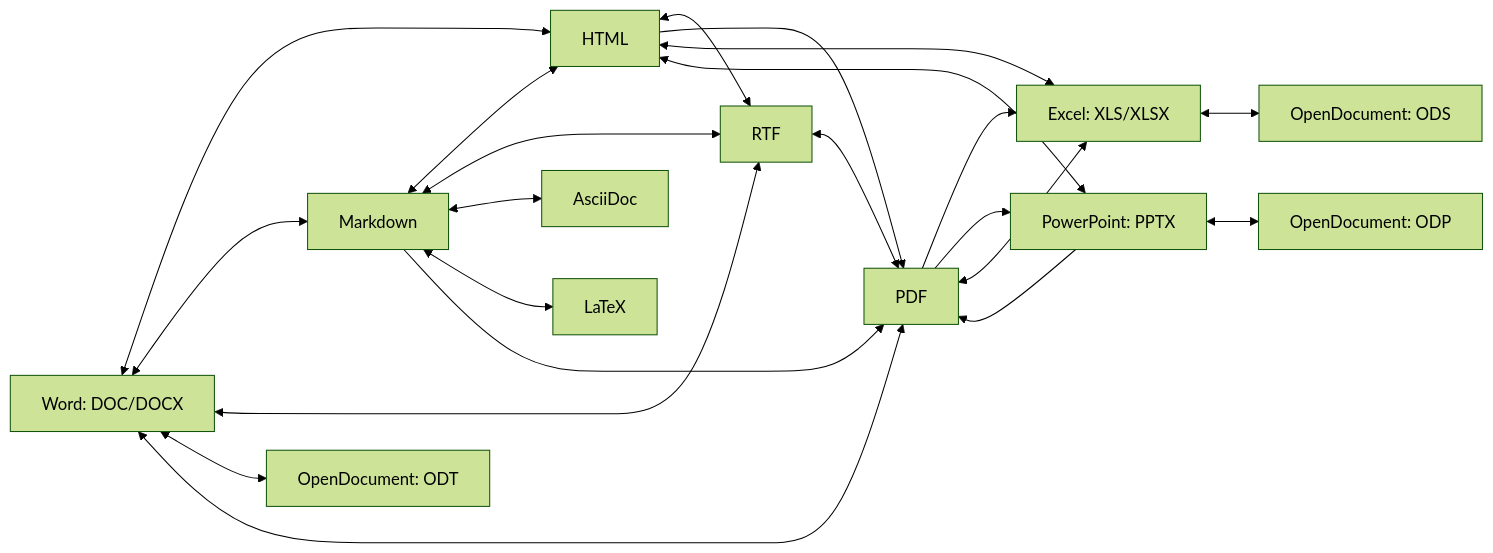
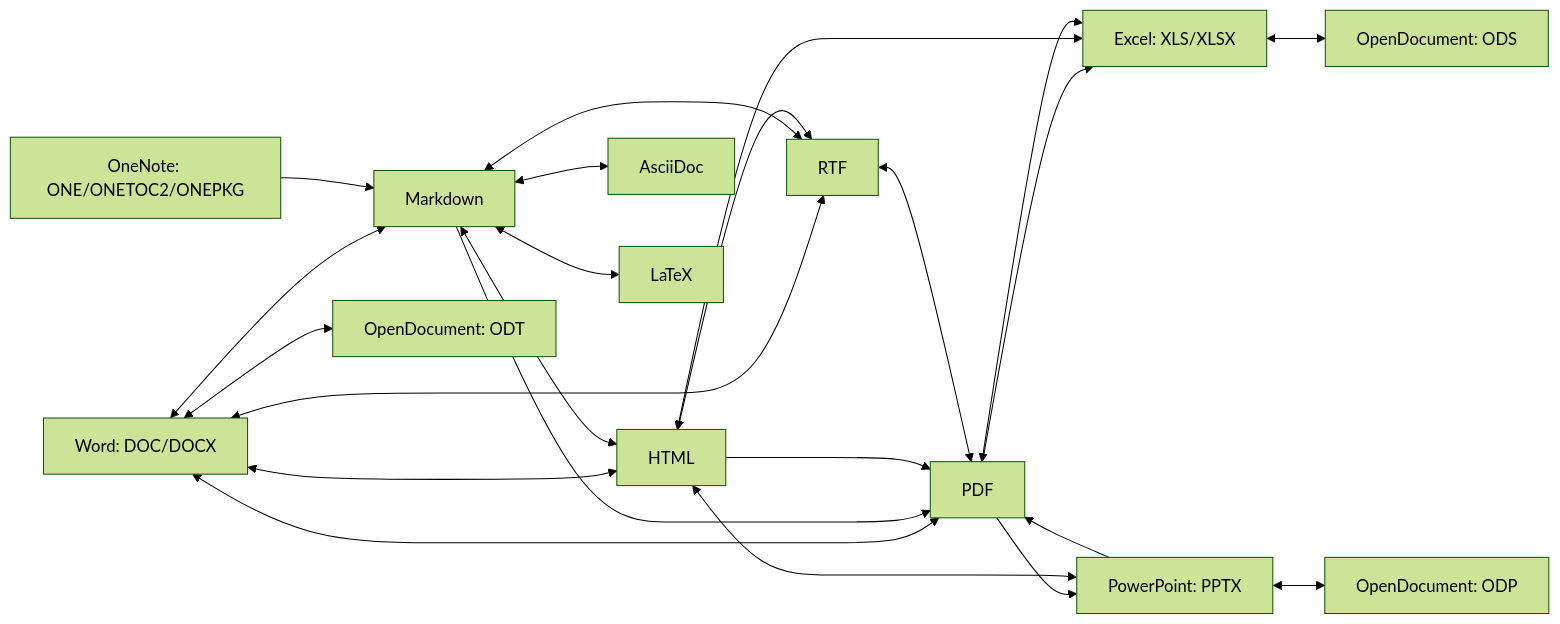
One commit to EvotecIT/OfficeIMO changed the diagram in README.md. Above: the diagram before and after it, drawn with Mermaid (forest theme). The commit also changed other lines of this file and 119 other files, not shown here.

````diff
--- a/README.md
+++ b/README.md
@@ -792,24 +831,25 @@
 ```mermaid
 flowchart LR
     Word["Word: DOC/DOCX"] <--> HTML["HTML"]
     Word <--> Markdown["Markdown"]
     Word <--> RTF["RTF"]
     Word <--> ODT["OpenDocument: ODT"]
     Word <--> PDF["PDF"]
     Excel["Excel: XLS/XLSX"] <--> HTML
     Excel <--> ODS["OpenDocument: ODS"]
     Excel <--> PDF
     PowerPoint["PowerPoint: PPTX"] <--> HTML
     PowerPoint <--> ODP["OpenDocument: ODP"]
     PowerPoint --> PDF
+    OneNote["OneNote: ONE/ONETOC2/ONEPKG"] --> Markdown
     Markdown <--> HTML
     Markdown <--> RTF
     Markdown <--> AsciiDoc["AsciiDoc"]
     Markdown <--> Latex["LaTeX"]
     Markdown --> PDF
     HTML <--> RTF
     HTML --> PDF
     RTF <--> PDF
     PDF --> Excel
     PDF --> PowerPoint
 ```
````
